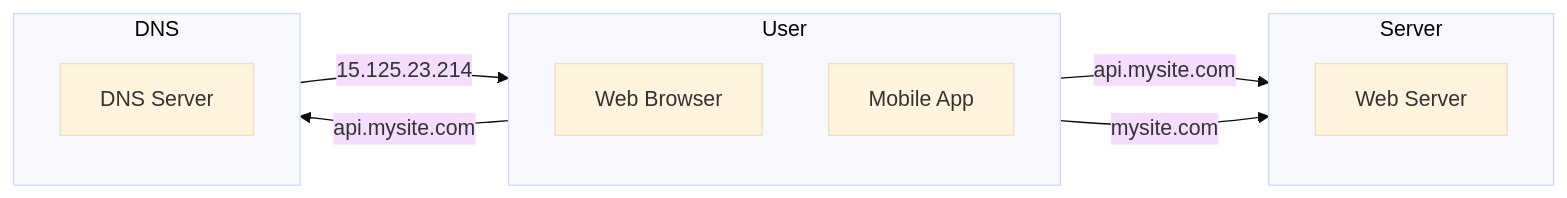
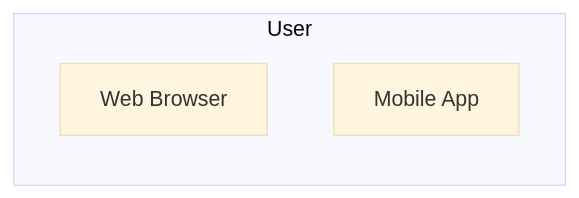
One commit to rain1024/system-design changed the diagram in single-server/README.md. Above: the diagram before and after it, drawn with Mermaid (base theme).

````diff
--- a/single-server/README.md
+++ b/single-server/README.md
@@ -3,21 +3,7 @@
 ```mermaid
 graph LR
     subgraph User
         WB[Web Browser]
         MA[Mobile App]
     end
-
-    User -->|api.mysite.com| Server
-    User -->|mysite.com| Server
-
-    subgraph Server
-        WS[Web Server]
-    end
-
-    User -->|api.mysite.com| DNS
-    DNS --> |15.125.23.214| User
-
-    subgraph DNS
-        D[DNS Server]
-    end
 ```
````
